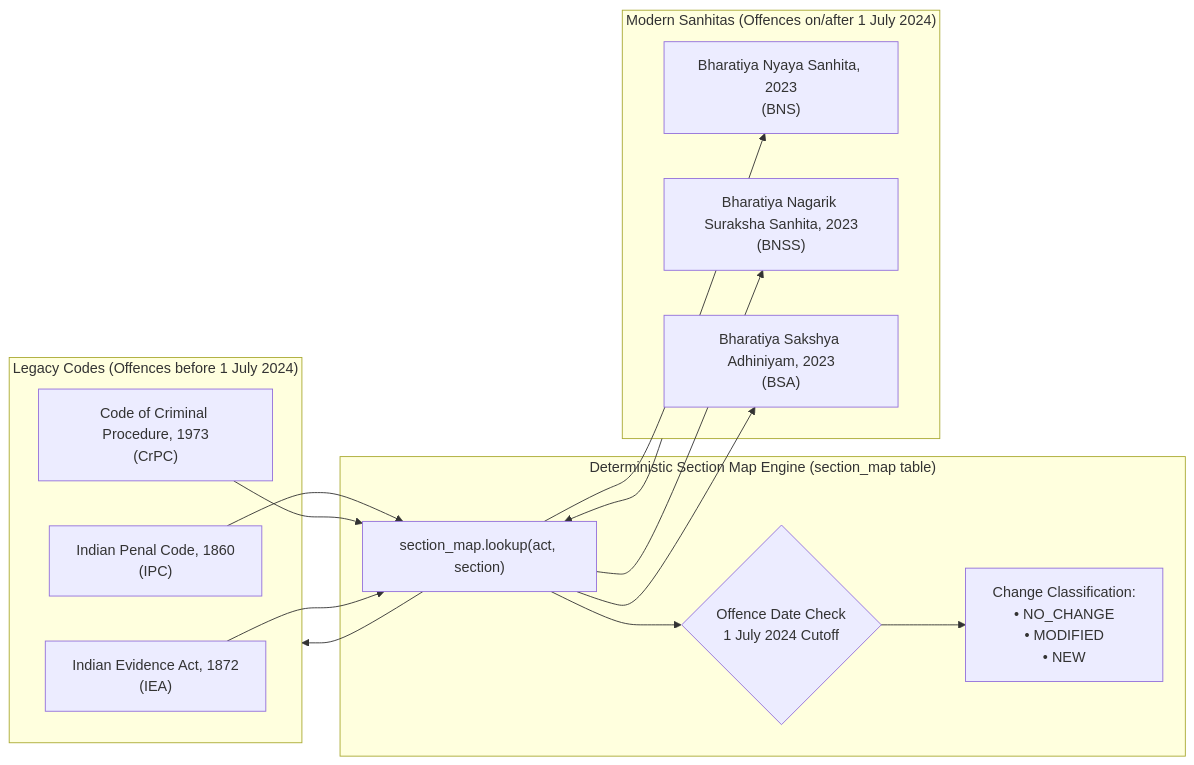
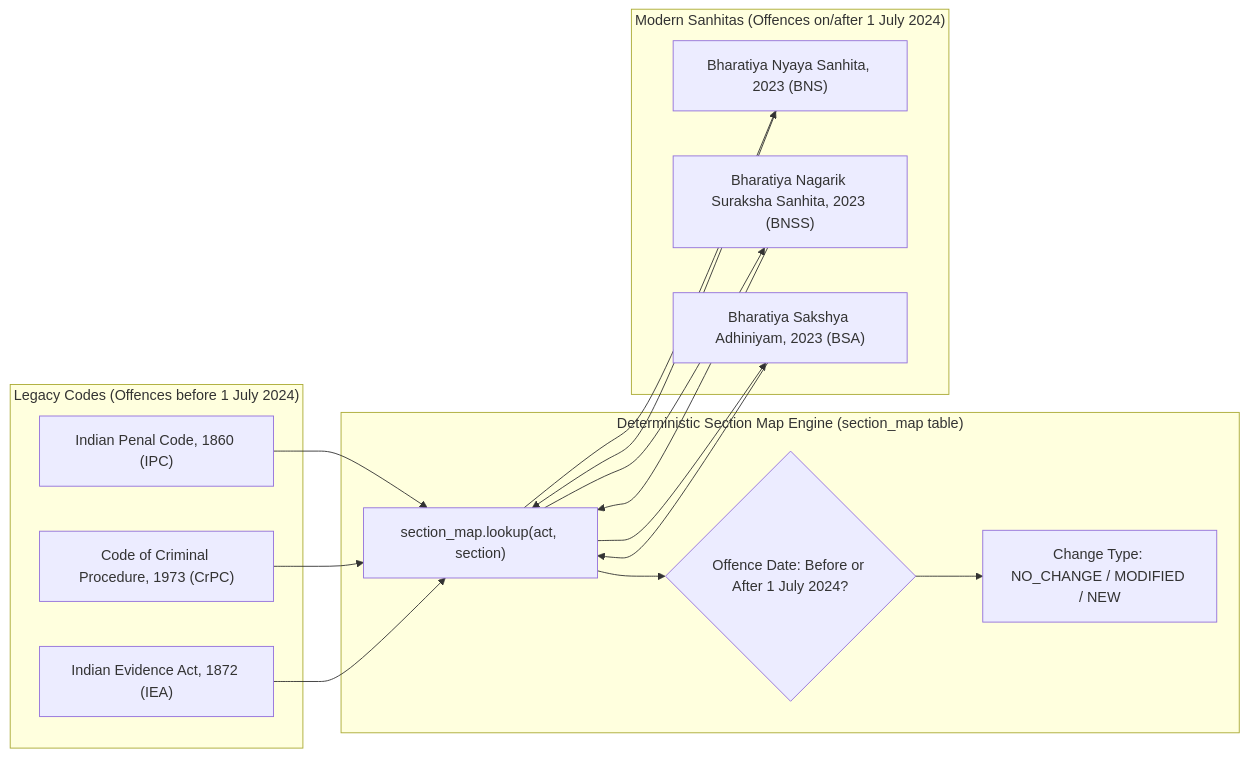
One commit to tanisha-64/NyayaPramaan changed the third of 10 diagrams in README.md. Above: the diagram before and after it, drawn with Mermaid. The commit also changed other lines of this file, not shown here.

Commit message:
docs: audit and fix all mermaid diagrams, security placeholders, and technical claims

````diff
--- a/README.md
+++ b/README.md
@@ -360,27 +371,33 @@
 ```mermaid
 flowchart LR
     subgraph LegacyCodes["Legacy Codes (Offences before 1 July 2024)"]
-        IPC["Indian Penal Code, 1860\n(IPC)"]
-        CrPC["Code of Criminal Procedure, 1973\n(CrPC)"]
-        IEA["Indian Evidence Act, 1872\n(IEA)"]
+        IPC["Indian Penal Code, 1860 (IPC)"]
+        CrPC["Code of Criminal Procedure, 1973 (CrPC)"]
+        IEA["Indian Evidence Act, 1872 (IEA)"]
     end
 
     subgraph MappingEngine["Deterministic Section Map Engine (section_map table)"]
         Lookup["section_map.lookup(act, section)"]
-        CutoffRule{"Offence Date Check\n1 July 2024 Cutoff"}
-        ChangeClass["Change Classification:\n• NO_CHANGE\n• MODIFIED\n• NEW"]
+        CutoffRule{"Offence Date: Before or After 1 July 2024?"}
+        ChangeClass["Change Type: NO_CHANGE / MODIFIED / NEW"]
     end
 
     subgraph ModernSanitas["Modern Sanhitas (Offences on/after 1 July 2024)"]
-        BNS["Bharatiya Nyaya Sanhita, 2023\n(BNS)"]
-        BNSS["Bharatiya Nagarik Suraksha Sanhita, 2023\n(BNSS)"]
-        BSA["Bharatiya Sakshya Adhiniyam, 2023\n(BSA)"]
+        BNS["Bharatiya Nyaya Sanhita, 2023 (BNS)"]
+        BNSS["Bharatiya Nagarik Suraksha Sanhita, 2023 (BNSS)"]
+        BSA["Bharatiya Sakshya Adhiniyam, 2023 (BSA)"]
     end
 
-    IPC --> Lookup --> BNS
-    CrPC --> Lookup --> BNSS
-    IEA --> Lookup --> BSA
+    IPC --> Lookup
+    CrPC --> Lookup
+    IEA --> Lookup
+    Lookup --> BNS
+    Lookup --> BNSS
+    Lookup --> BSA
 
-    ModernSanitas --> Lookup --> LegacyCodes
-    Lookup --> CutoffRule --> ChangeClass
+    BNS --> Lookup
+    BNSS --> Lookup
+    BSA --> Lookup
+    Lookup --> CutoffRule
+    CutoffRule --> ChangeClass
 ```
````
